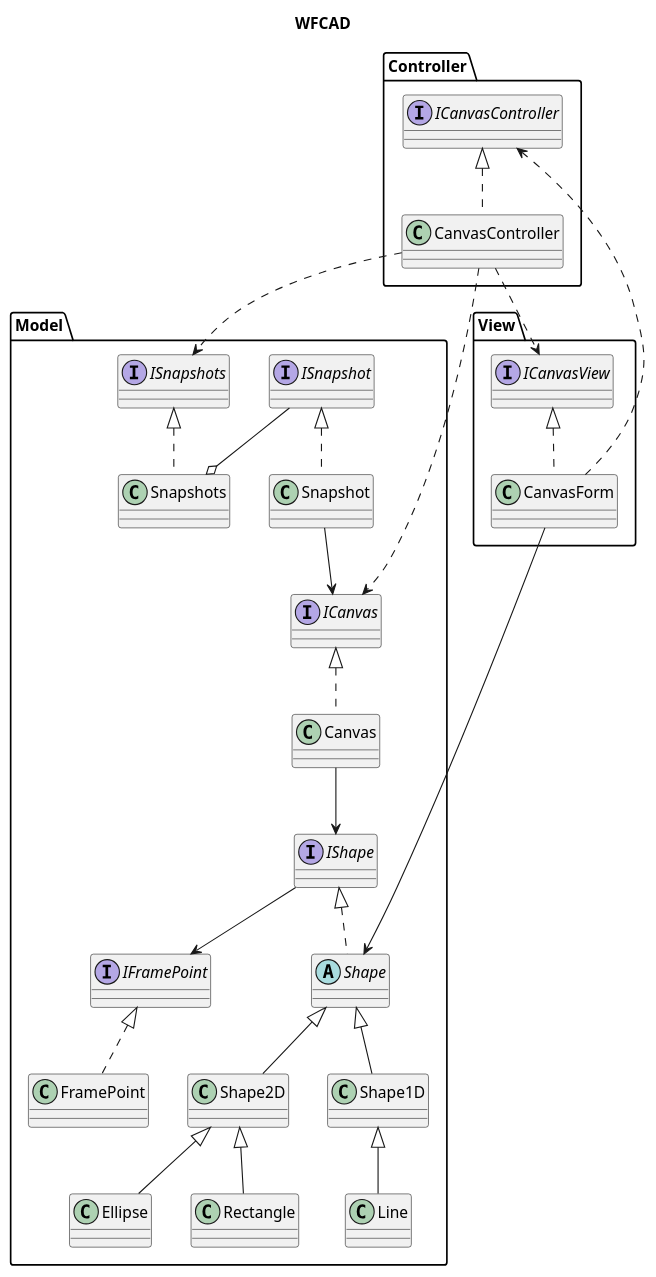
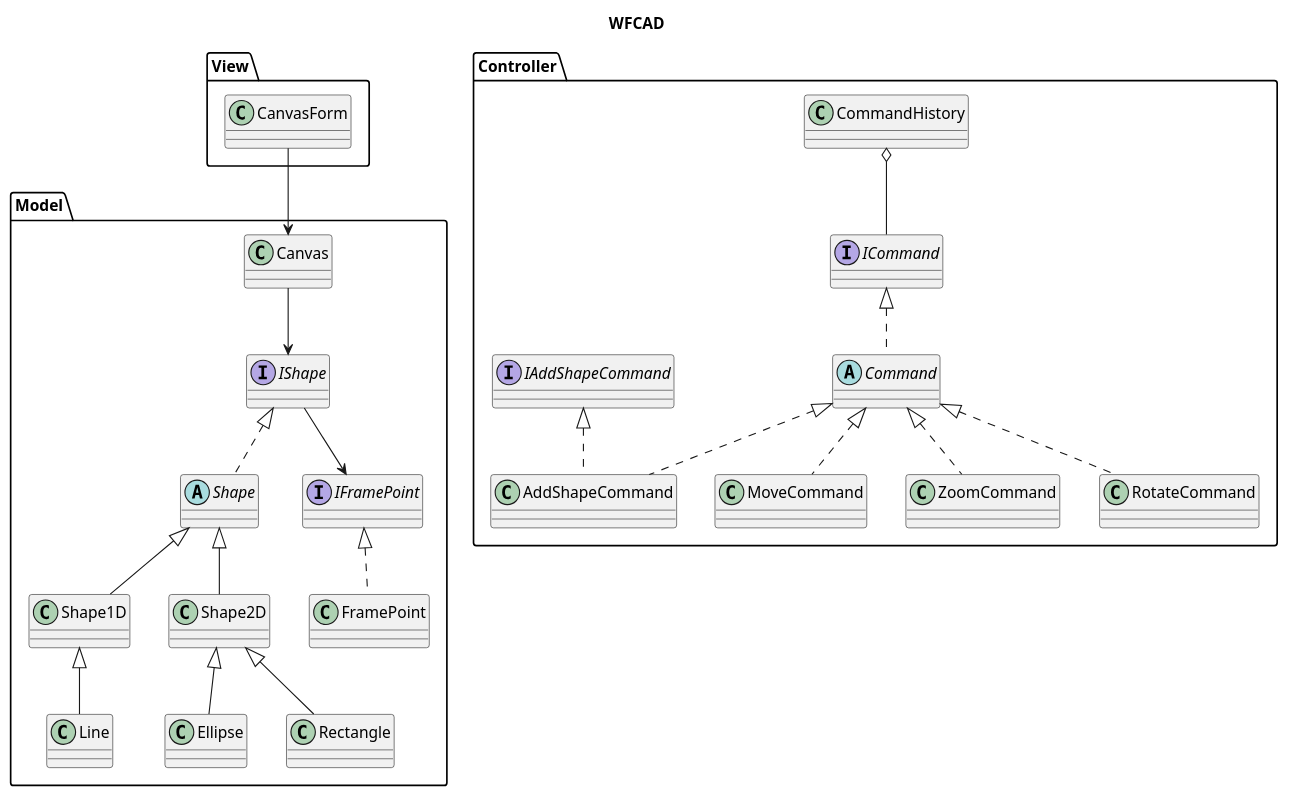
One commit to ko-kato-being/WFCAD changed the diagram in WFCAD/class_diagram.pu. Above: the diagram before and after it, drawn with PlantUML. The commit also changed 18 other files, not shown here.

Commit message:
フォルダわけ、クラス図更新

```diff
--- a/WFCAD/class_diagram.pu
+++ b/WFCAD/class_diagram.pu
@@ -1,51 +1,47 @@
 @startuml WFCAD
 title WFCAD
 package View{
-    Interface ICanvasView
     class CanvasForm
-    ICanvasView  <|..  CanvasForm
 }
 Package Controller{
-    Interface ICanvasController
-    class CanvasController
-    ICanvasController  <|..  CanvasController
+    class CommandHistory
+    Interface ICommand
+    interface IAddShapeCommand
+    abstract class Command
+    class AddShapeCommand
+    class MoveCommand
+    class ZoomCommand
+    class RotateCommand
+    CommandHistory o-- ICommand
+    ICommand <|.. Command
+    Command  <|.. AddShapeCommand
+    IAddShapeCommand <|.. AddShapeCommand
+    Command  <|.. MoveCommand
+    Command  <|.. ZoomCommand
+    Command  <|.. RotateCommand
 }
 Package Model{
-    interface ICanvas
     class Canvas
     interface IShape
     abstract class Shape
     class Shape1D
     class Shape2D
     class Line
     class Ellipse
     class Rectangle
     Interface IFramePoint
     class FramePoint
-    interface ISnapshot
-    class Snapshot
-    interface ISnapshots
-    class Snapshots
-    ICanvas  <|..  Canvas
     IShape  <|..  Shape
     Shape <|-- Shape1D
     Shape <|-- Shape2D
     Shape1D <|-- Line
     Shape2D <|-- Ellipse
     Shape2D <|-- Rectangle
     IFramePoint <|.. FramePoint
-    ISnapshot <|.. Snapshot
-    ISnapshots <|.. Snapshots
     Canvas --> IShape
-    ISnapshot --o Snapshots
-    Snapshot --> ICanvas
     IShape --> IFramePoint
 
 }
-CanvasForm ..> ICanvasController
-CanvasForm --> Shape
-CanvasController ..> ICanvas
-CanvasController ..> ICanvasView
-CanvasController ..> ISnapshots
+CanvasForm --> Canvas
 
 @enduml
```
